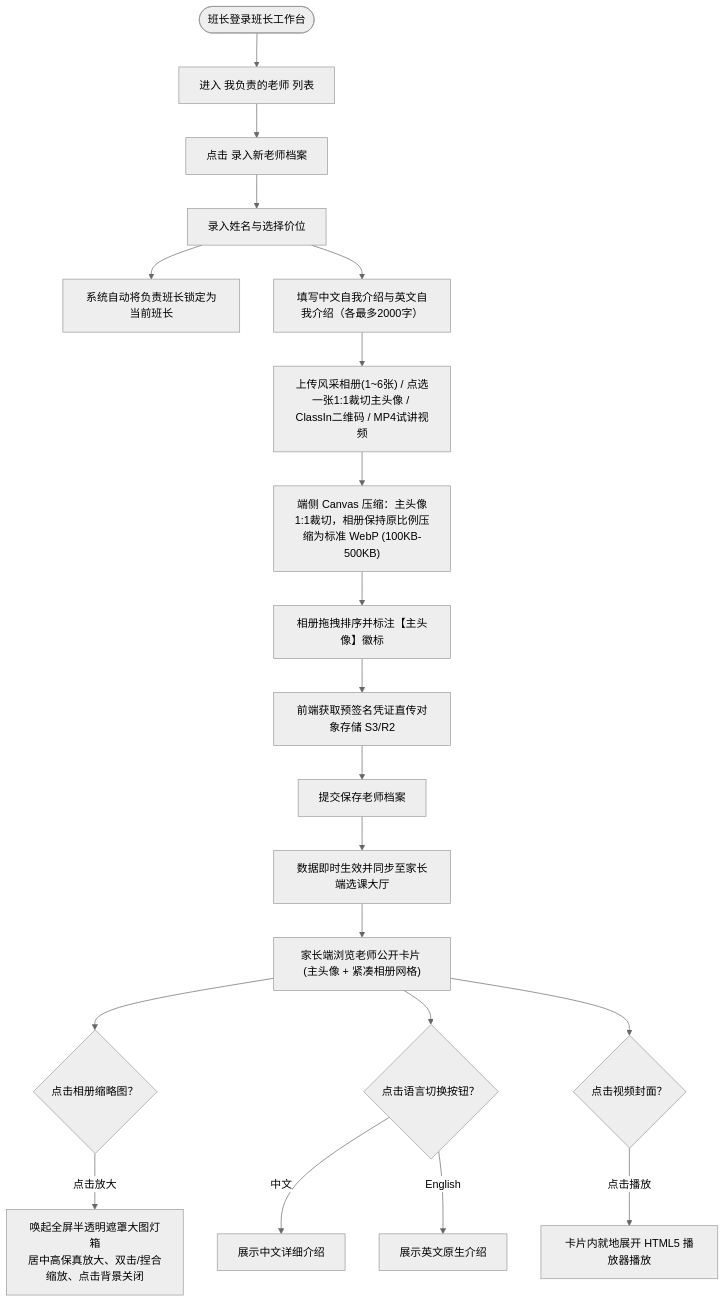
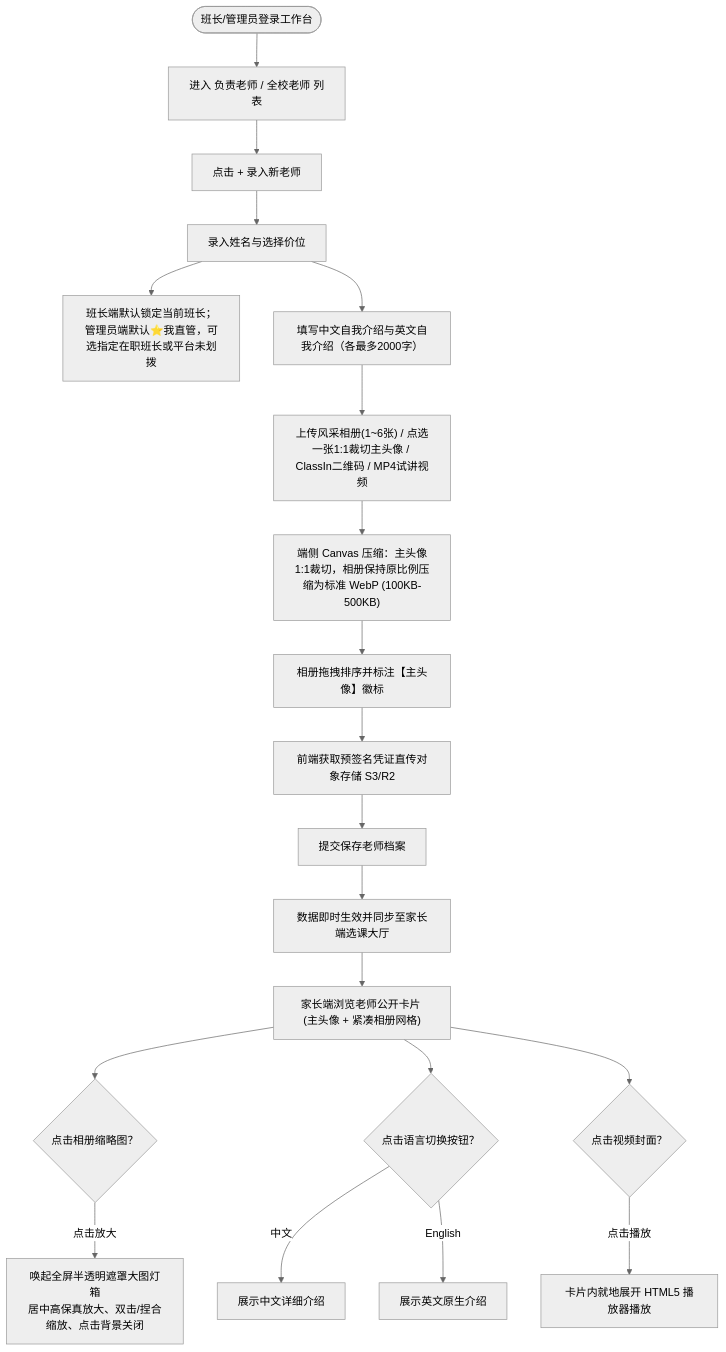
Before and after one commit to Onezao/dream: the first of 7 diagrams in docs/prd/m1b_teacher_profile.md, drawn with Mermaid (neutral theme). The commit also changed other lines of this file and 27 other files, not shown here.

````diff
--- a/docs/prd/m1b_teacher_profile.md
+++ b/docs/prd/m1b_teacher_profile.md
@@ -51,29 +51,29 @@
 ```mermaid
 flowchart TD
-    Start(["班长登录班长工作台"]) --> NavTeacher["进入 我负责的老师 列表"]
-    NavTeacher --> ClickCreate["点击 录入新老师档案"]
+    Start(["班长/管理员登录工作台"]) --> NavTeacher["进入 负责老师 / 全校老师 列表"]
+    NavTeacher --> ClickCreate["点击 + 录入新老师"]
     
     ClickCreate --> InputBase["录入姓名与选择价位"]
-    InputBase --> AutoBind["系统自动将负责班长锁定为当前班长"]
+    InputBase --> AutoBind["班长端默认锁定当前班长；管理员端默认⭐我直管，可选指定在职班长或平台未划拨"]
     InputBase --> InputBio["填写中文自我介绍与英文自我介绍（各最多2000字）"]
     
     InputBio --> UploadMedia["上传风采相册(1~6张) / 点选一张1:1裁切主头像 / ClassIn二维码 / MP4试讲视频"]
     UploadMedia --> ClientCrop["端侧 Canvas 压缩：主头像1:1裁切，相册保持原比例压缩为标准 WebP (100KB-500KB)"]
     ClientCrop --> ReorderPhotos["相册拖拽排序并标注【主头像】徽标"]
     ReorderPhotos --> PresignedDirect["前端获取预签名凭证直传对象存储 S3/R2"]
     PresignedDirect --> SaveProfile["提交保存老师档案"]
     
     SaveProfile --> PublicPublish["数据即时生效并同步至家长端选课大厅"]
     
     PublicPublish --> ParentView["家长端浏览老师公开卡片 (主头像 + 紧凑相册网格)"]
     
     ParentView --> ClickPhoto{"点击相册缩略图？"}
     ClickPhoto -->|"点击放大"| LightboxModal["唤起全屏半透明遮罩大图灯箱\n居中高保真放大、双击/捏合缩放、点击背景关闭"]
     
     ParentView --> SwitchLang{"点击语言切换按钮？"}
     SwitchLang -->|"中文"| ShowZh["展示中文详细介绍"]
     SwitchLang -->|"English"| ShowEn["展示英文原生介绍"]
     
     ParentView --> ClickVideo{"点击视频封面？"}
     ClickVideo -->|"点击播放"| InPlacePlay["卡片内就地展开 HTML5 播放器播放"]
 ```
````
